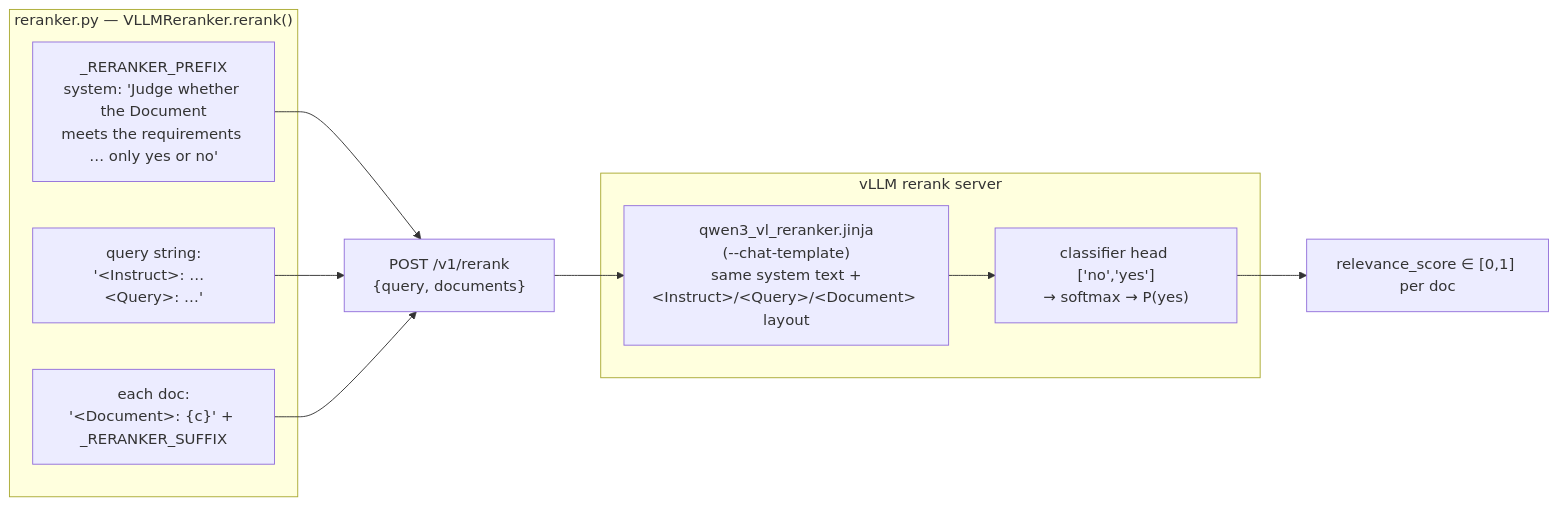
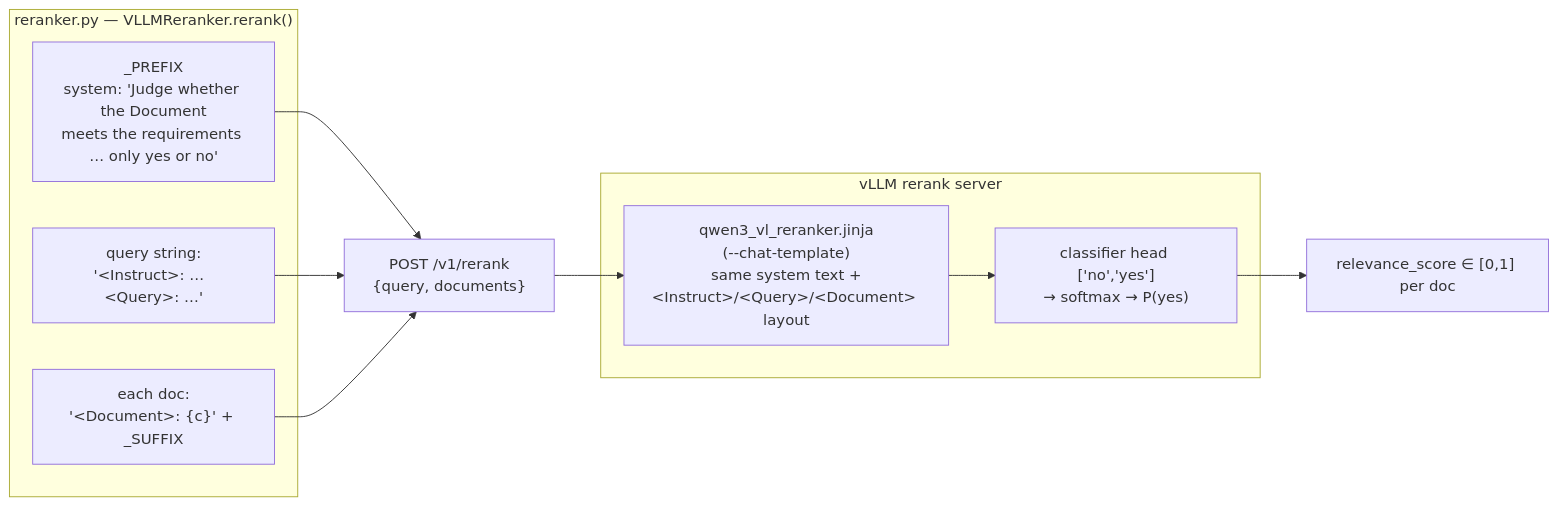
The third of 5 diagrams in docs/EMBEDDINGS.md (Borg93/lance-audio-demo), drawn with Mermaid before and after one commit. The commit also changed other lines of this file and 17 other files, not shown here.

````diff
--- a/docs/EMBEDDINGS.md
+++ b/docs/EMBEDDINGS.md
@@ -272,18 +283,18 @@
 ```mermaid
 flowchart LR
     subgraph py["reranker.py — VLLMReranker.rerank()"]
-        P1["_RERANKER_PREFIX<br/>system: 'Judge whether the Document<br/>meets the requirements … only yes or no'"]
+        P1["_PREFIX<br/>system: 'Judge whether the Document<br/>meets the requirements … only yes or no'"]
         P2["query string:<br/>'&lt;Instruct&gt;: …  &lt;Query&gt;: …'"]
-        P3["each doc:<br/>'&lt;Document&gt;: {c}' + _RERANKER_SUFFIX"]
+        P3["each doc:<br/>'&lt;Document&gt;: {c}' + _SUFFIX"]
     end
 
     subgraph srv["vLLM rerank server"]
         J["qwen3_vl_reranker.jinja<br/>(--chat-template)<br/>same system text +<br/>&lt;Instruct&gt;/&lt;Query&gt;/&lt;Document&gt; layout"]
         H["classifier head ['no','yes']<br/>→ softmax → P(yes)"]
     end
 
     P1 --> POST["POST /v1/rerank<br/>{query, documents}"]
     P2 --> POST
     P3 --> POST
     POST --> J --> H --> SC["relevance_score ∈ [0,1] per doc"]
 ```
````
